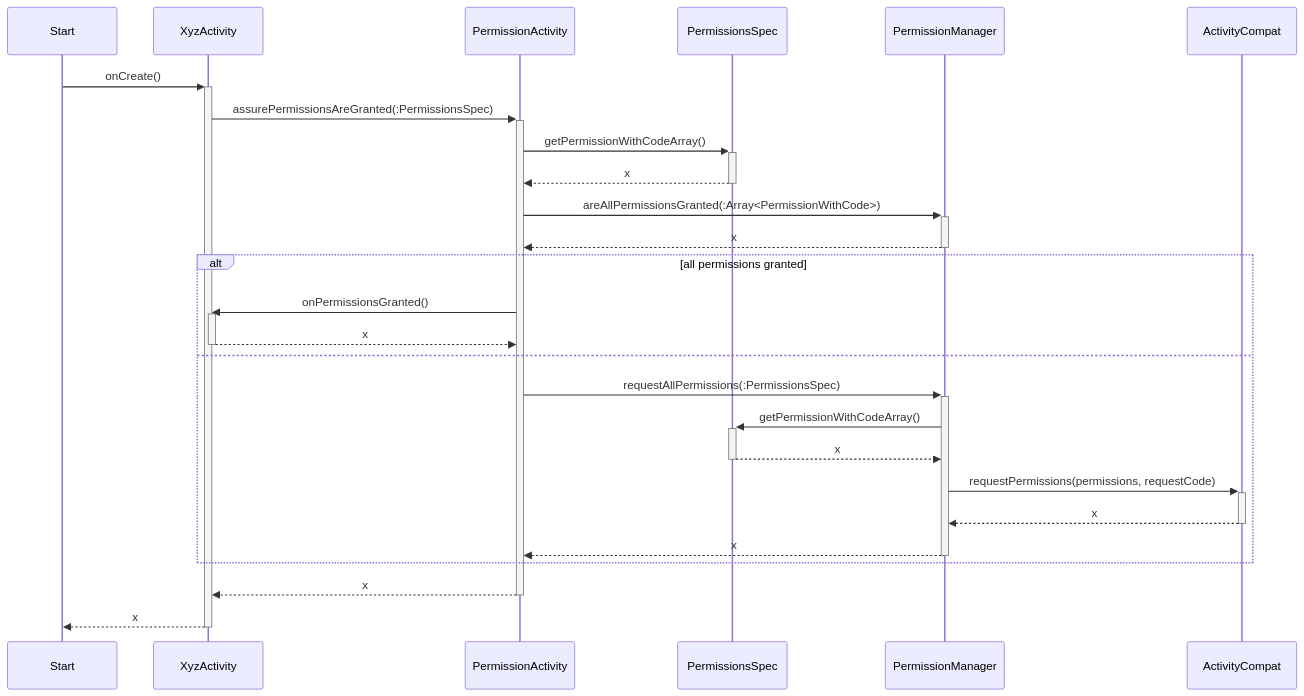
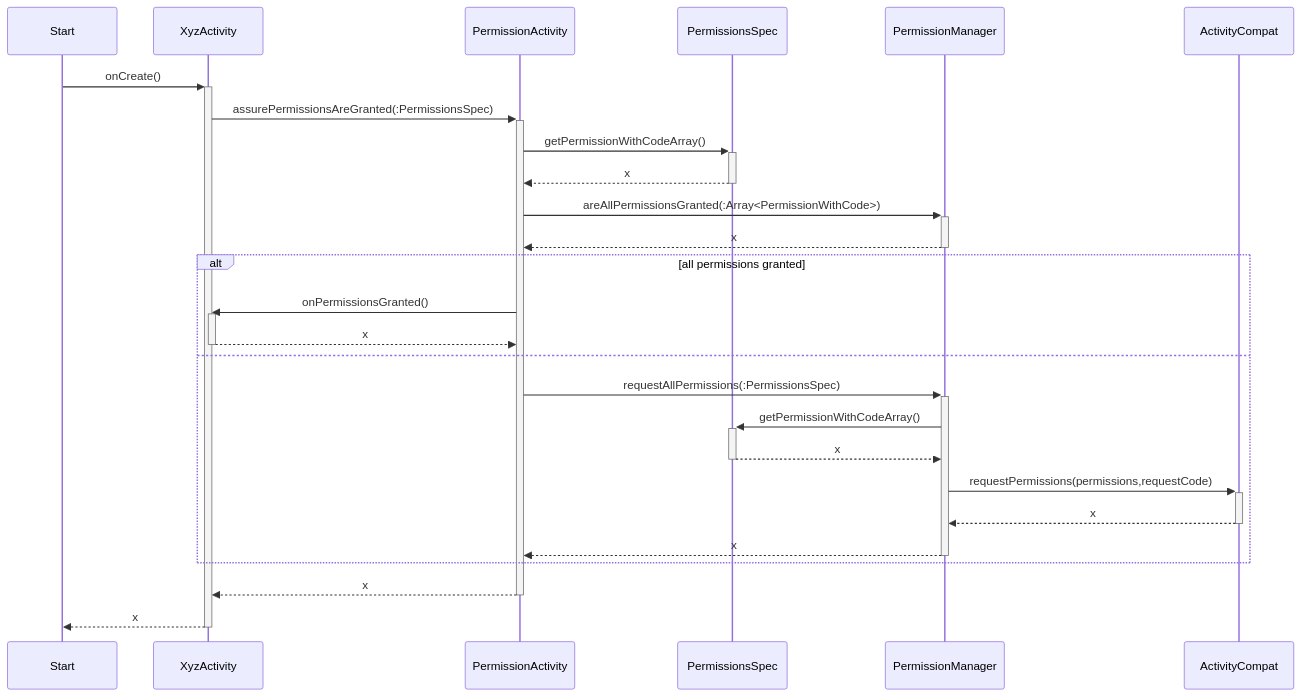
Before and after one commit to mjureczko/maly-poszukiwacz-skarbow: the diagram in docs/requesting_permissions_sequence_diagram.mmd, drawn with Mermaid.

Commit message:
#25 Requesting permissions sequence diagram syntax fix

```diff
--- a/docs/requesting_permissions_sequence_diagram.mmd
+++ b/docs/requesting_permissions_sequence_diagram.mmd
@@ -1,20 +1,20 @@
 sequenceDiagram
     Start ->>+ XyzActivity: onCreate()
     XyzActivity ->>+ PermissionActivity: assurePermissionsAreGranted(:PermissionsSpec)
     PermissionActivity ->>+ PermissionsSpec: getPermissionWithCodeArray()
     PermissionsSpec -->>- PermissionActivity: x
     PermissionActivity ->>+ PermissionManager: areAllPermissionsGranted(:Array<PermissionWithCode>)
     PermissionManager -->>- PermissionActivity: x
     alt all permissions granted
         PermissionActivity ->>+ XyzActivity: onPermissionsGranted()
         XyzActivity -->>- PermissionActivity: x
     else
         PermissionActivity ->>+ PermissionManager: requestAllPermissions(:PermissionsSpec)
         PermissionManager ->>+ PermissionsSpec: getPermissionWithCodeArray()
         PermissionsSpec -->>- PermissionManager: x
-        PermissionManager ->>+ ActivityCompat: requestPermissions(permissions, requestCode)
+        PermissionManager ->>+ ActivityCompat: requestPermissions(permissions,requestCode)
         ActivityCompat -->>- PermissionManager: x
         PermissionManager -->>- PermissionActivity: x
     end
     PermissionActivity -->>- XyzActivity: x
-    XyzActivity -->>-Start: x
+    XyzActivity -->>- Start: x
```
